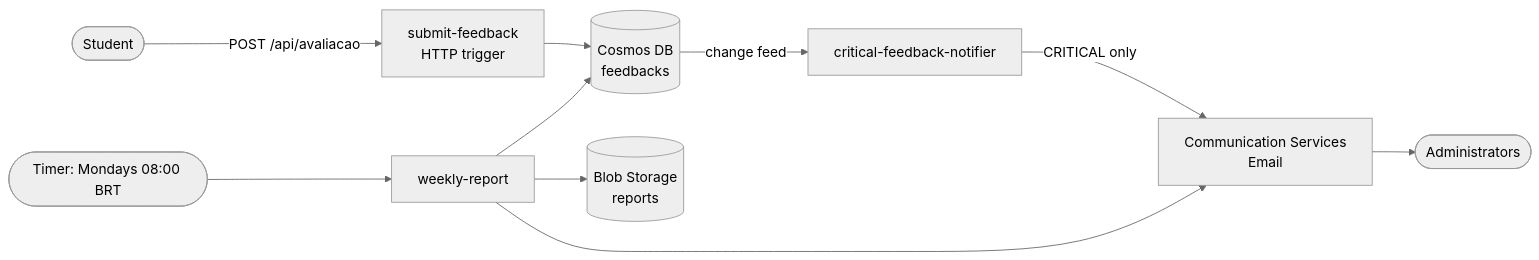
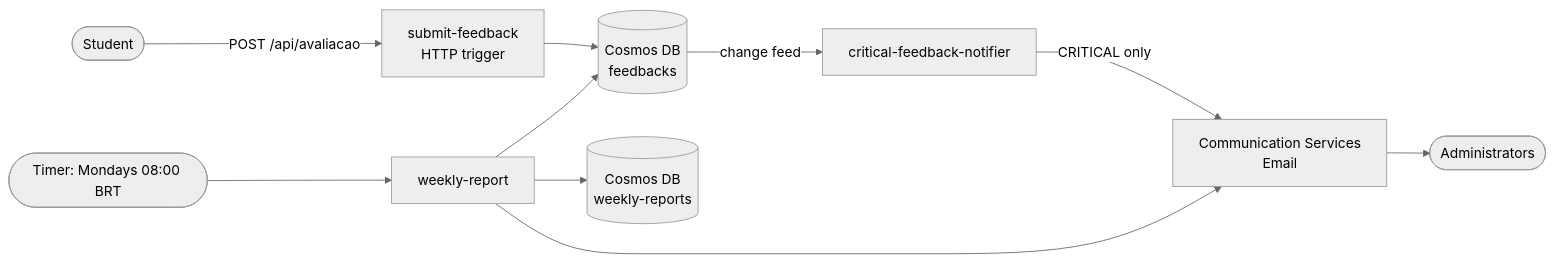
The diagram in README.md (gepaesdev/fiap-fase4-techchallenge), drawn with Mermaid (neutral theme) before and after one commit. The commit also changed other lines of this file and 31 other files, not shown here.

````diff
--- a/README.md
+++ b/README.md
@@ -23,12 +23,12 @@
 ```mermaid
 flowchart LR
     Student([Student]) -- "POST /api/avaliacao" --> Submit[submit-feedback<br/>HTTP trigger]
     Submit --> Cosmos[(Cosmos DB<br/>feedbacks)]
     Cosmos -- change feed --> Notifier[critical-feedback-notifier]
     Notifier -- CRITICAL only --> Email[Communication Services<br/>Email]
     Timer([Timer: Mondays 08:00 BRT]) --> Report[weekly-report]
     Report --> Cosmos
-    Report --> Blob[(Blob Storage<br/>reports)]
+    Report --> Reports[(Cosmos DB<br/>weekly-reports)]
     Report --> Email
     Email --> Admins([Administrators])
 ```
````
